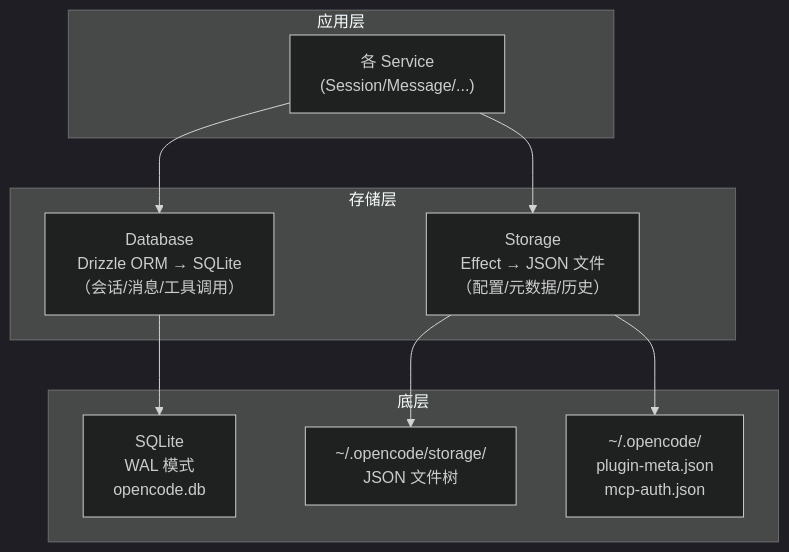
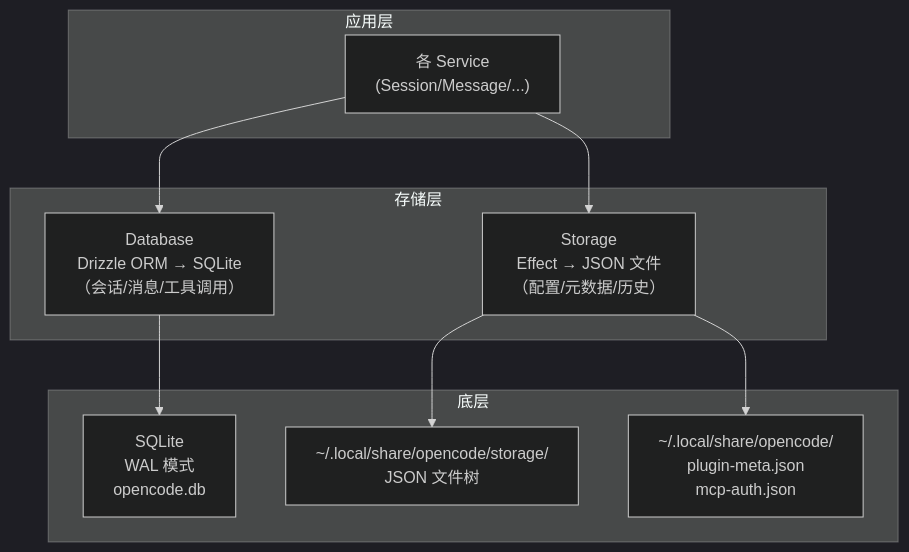
One commit to LeoNardo-LB/source-code-analysis changed the first of 6 diagrams in opencode/docs/part-6-工程实践/15-存储与数据模型.md. Above: the diagram before and after it, drawn with Mermaid (dark theme). The commit also changed other lines of this file and 14 other files, not shown here.

````diff
--- a/opencode/docs/part-6-工程实践/15-存储与数据模型.md
+++ b/opencode/docs/part-6-工程实践/15-存储与数据模型.md
@@ -14,23 +14,23 @@
 ```mermaid
 graph TB
     subgraph "应用层"
         SVC["各 Service<br/>(Session/Message/...)"]
     end
 
     subgraph "存储层"
         DB["Database<br/>Drizzle ORM → SQLite<br/>（会话/消息/工具调用）"]
         FS["Storage<br/>Effect → JSON 文件<br/>（配置/元数据/历史）"]
     end
 
     subgraph "底层"
         SQLITE["SQLite<br/>WAL 模式<br/>opencode.db"]
-        JSON_DIR["~/.opencode/storage/<br/>JSON 文件树"]
-        META["~/.opencode/<br/>plugin-meta.json<br/>mcp-auth.json"]
+        JSON_DIR["~/.local/share/opencode/storage/<br/>JSON 文件树"]
+        META["~/.local/share/opencode/<br/>plugin-meta.json<br/>mcp-auth.json"]
     end
 
     SVC --> DB
     SVC --> FS
     DB --> SQLITE
     FS --> JSON_DIR
     FS --> META
 ```
````
